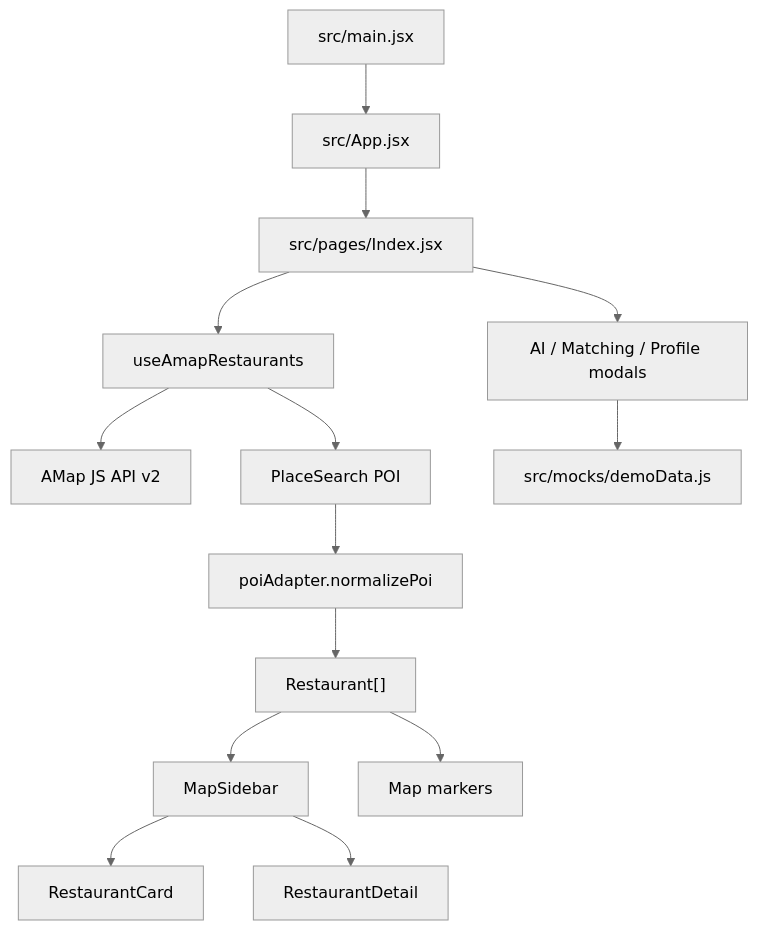
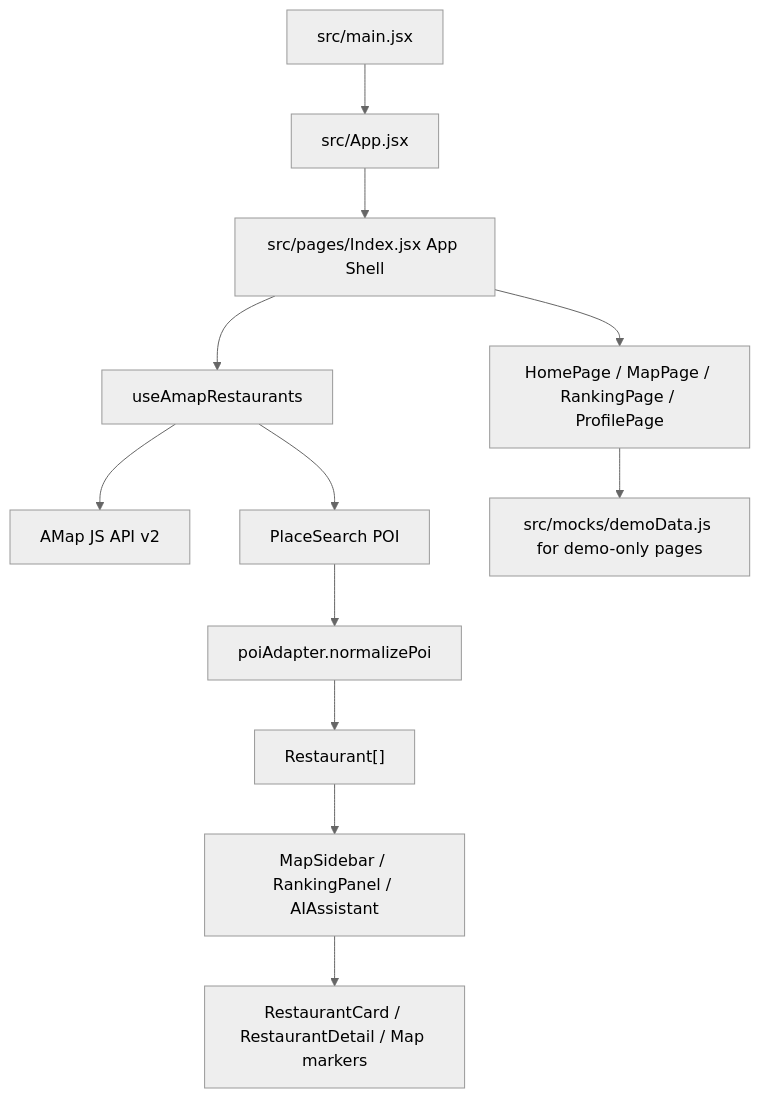
One commit to ruozhishimeng/yuelushiji changed the diagram in ARCHITECTURE.md. Above: the diagram before and after it, drawn with Mermaid (neutral theme). The commit also changed other lines of this file and 98 other files, not shown here.

````diff
--- a/ARCHITECTURE.md
+++ b/ARCHITECTURE.md
@@ -12,16 +12,14 @@
 ```mermaid
 flowchart TD
   A["src/main.jsx"] --> B["src/App.jsx"]
-  B --> C["src/pages/Index.jsx"]
-  C --> D["useAmapRestaurants"]
-  D --> E["AMap JS API v2"]
-  D --> F["PlaceSearch POI"]
-  F --> G["poiAdapter.normalizePoi"]
-  G --> H["Restaurant[]"]
-  H --> I["MapSidebar"]
-  H --> J["Map markers"]
-  I --> K["RestaurantCard"]
-  I --> L["RestaurantDetail"]
-  C --> M["AI / Matching / Profile modals"]
-  M --> N["src/mocks/demoData.js"]
+  B --> C["src/pages/Index.jsx App Shell"]
+  C --> D["HomePage / MapPage / RankingPage / ProfilePage"]
+  C --> E["useAmapRestaurants"]
+  E --> F["AMap JS API v2"]
+  E --> G["PlaceSearch POI"]
+  G --> H["poiAdapter.normalizePoi"]
+  H --> I["Restaurant[]"]
+  I --> J["MapSidebar / RankingPanel / AIAssistant"]
+  J --> K["RestaurantCard / RestaurantDetail / Map markers"]
+  D --> L["src/mocks/demoData.js for demo-only pages"]
 ```
````
